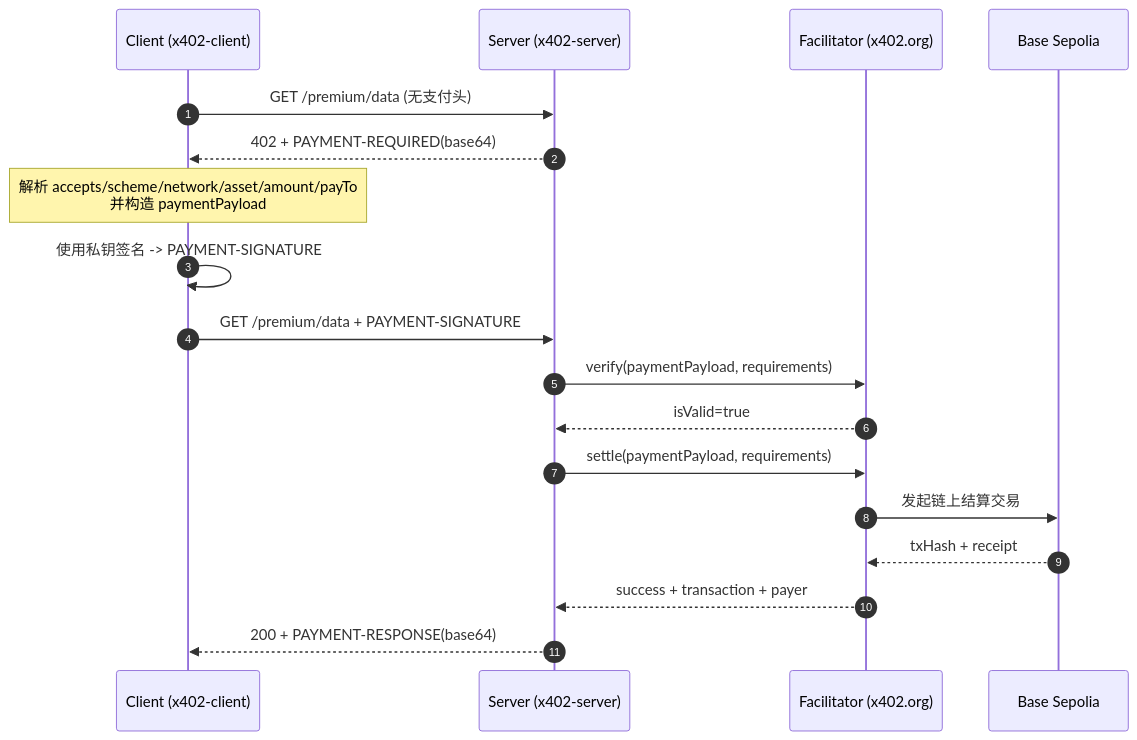
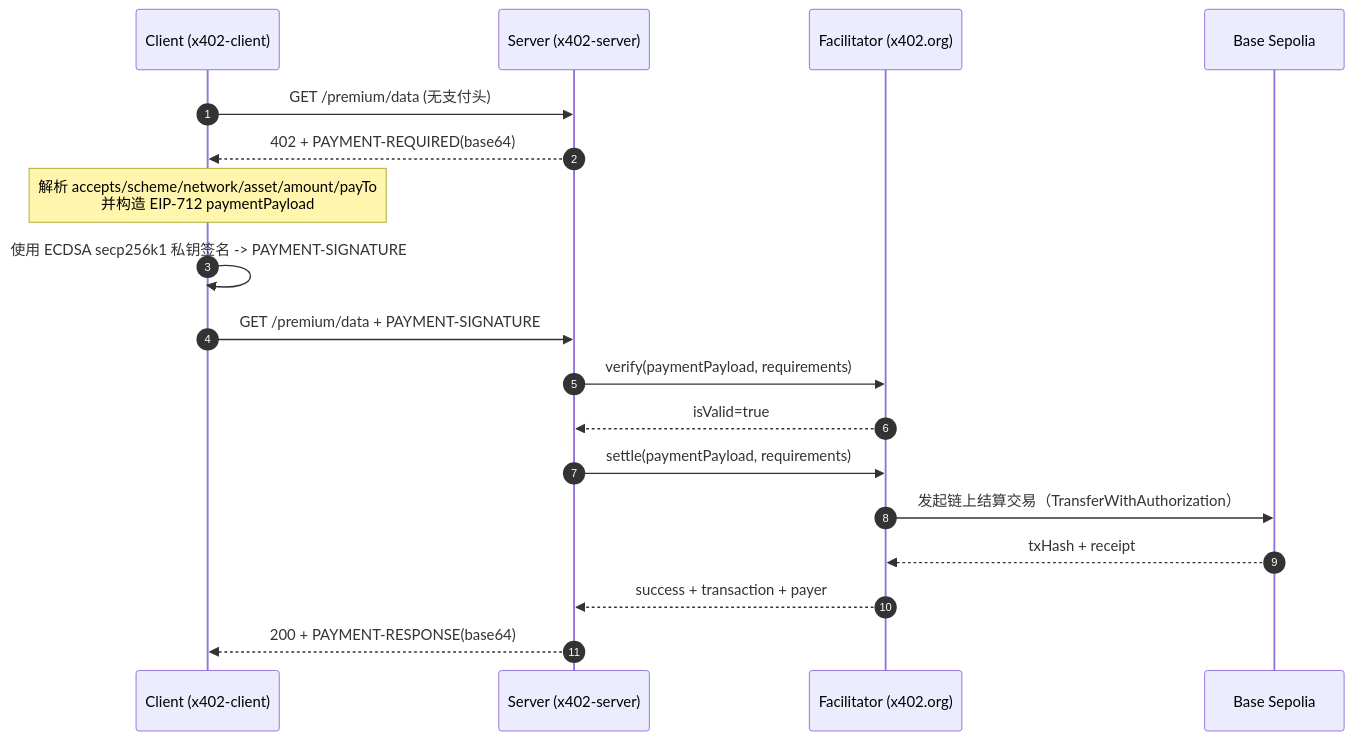
Before and after one commit to CoboTest/x402-local-lab: the diagram in docs/reports/evm-process.md, drawn with Mermaid. The commit also changed other lines of this file, not shown here.

````diff
--- a/docs/reports/evm-process.md
+++ b/docs/reports/evm-process.md
@@ -15,24 +17,24 @@
 ```mermaid
 sequenceDiagram
     autonumber
     participant C as Client (x402-client)
     participant S as Server (x402-server)
     participant F as Facilitator (x402.org)
     participant B as Base Sepolia
 
     C->>S: GET /premium/data (无支付头)
     S-->>C: 402 + PAYMENT-REQUIRED(base64)
 
-    Note over C: 解析 accepts/scheme/network/asset/amount/payTo<br/>并构造 paymentPayload
-    C->>C: 使用私钥签名 -> PAYMENT-SIGNATURE
+    Note over C: 解析 accepts/scheme/network/asset/amount/payTo<br/>并构造 EIP-712 paymentPayload
+    C->>C: 使用 ECDSA secp256k1 私钥签名 -> PAYMENT-SIGNATURE
 
     C->>S: GET /premium/data + PAYMENT-SIGNATURE
     S->>F: verify(paymentPayload, requirements)
     F-->>S: isValid=true
     S->>F: settle(paymentPayload, requirements)
-    F->>B: 发起链上结算交易
+    F->>B: 发起链上结算交易（TransferWithAuthorization）
     B-->>F: txHash + receipt
     F-->>S: success + transaction + payer
 
     S-->>C: 200 + PAYMENT-RESPONSE(base64)
 ```
````
